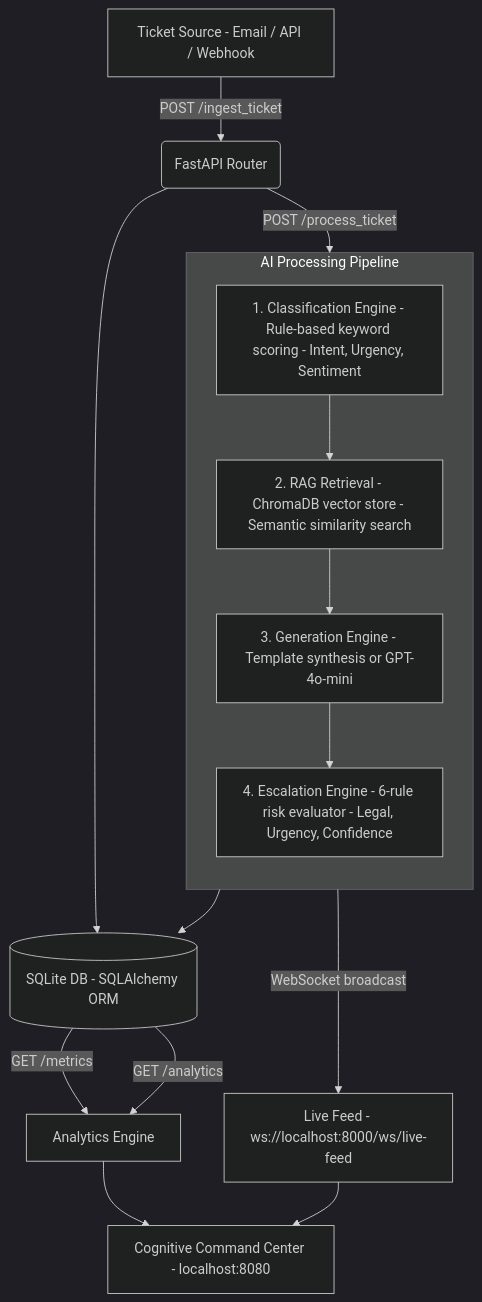
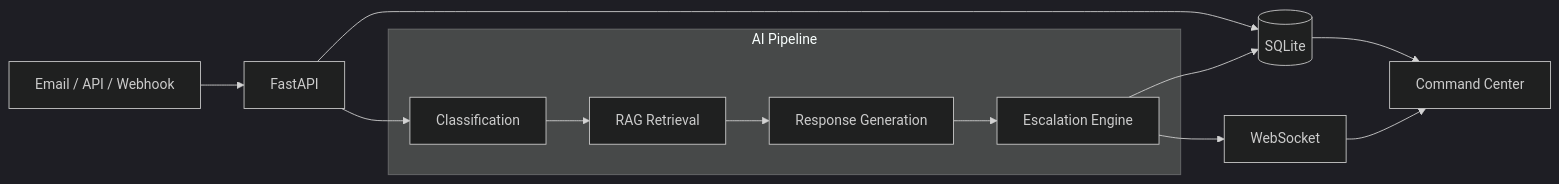
The first of 5 diagrams in README.md (Algo-Vision404/pro_3), drawn with Mermaid (dark theme) before and after one commit.

````diff
--- a/README.md
+++ b/README.md
@@ -36,22 +36,27 @@
 ```mermaid
-flowchart TD
-    A["Ticket Source - Email / API / Webhook"] -->|POST /ingest_ticket| B(FastAPI Router)
-    B --> DB[("SQLite DB - SQLAlchemy ORM")]
-    B -->|POST /process_ticket| C{AI Pipeline}
+flowchart LR
 
-    subgraph C [AI Processing Pipeline]
-        direction TB
-        C1["1. Classification Engine - Rule-based keyword scoring - Intent, Urgency, Sentiment"]
-        C2["2. RAG Retrieval - ChromaDB vector store - Semantic similarity search"]
-        C3["3. Generation Engine - Template synthesis or GPT-4o-mini"]
-        C4["4. Escalation Engine - 6-rule risk evaluator - Legal, Urgency, Confidence"]
-        C1 --> C2 --> C3 --> C4
-    end
+A[Email / API / Webhook]
+B[FastAPI]
+DB[(SQLite)]
+WS[WebSocket]
+UI[Command Center]
 
-    C --> DB
-    C -->|WebSocket broadcast| WS["Live Feed - ws://localhost:8000/ws/live-feed"]
-    DB -->|GET /metrics| METRICS[Analytics Engine]
-    DB -->|GET /analytics| METRICS
-    WS --> UI["Cognitive Command Center - localhost:8080"]
-    METRICS --> UI
+subgraph AI["AI Pipeline"]
+C1[Classification]
+C2[RAG Retrieval]
+C3[Response Generation]
+C4[Escalation Engine]
+end
+
+A --> B
+B --> DB
+B --> C1
+C1 --> C2
+C2 --> C3
+C3 --> C4
+C4 --> DB
+C4 --> WS
+DB --> UI
+WS --> UI
 ```
````
